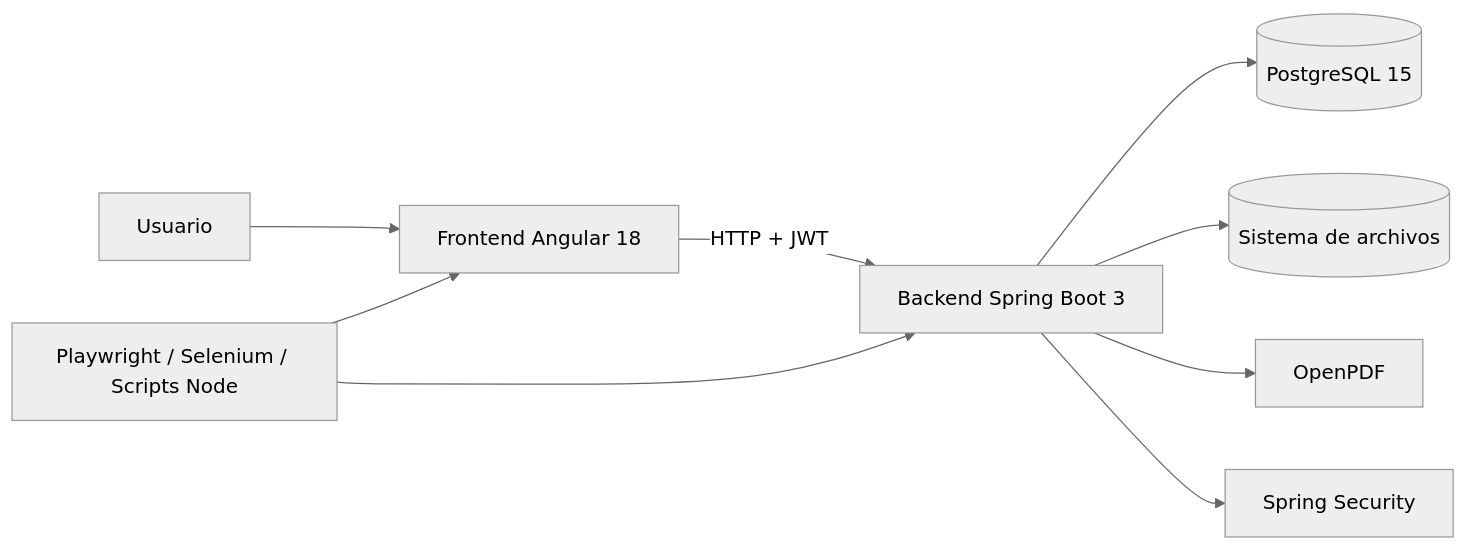
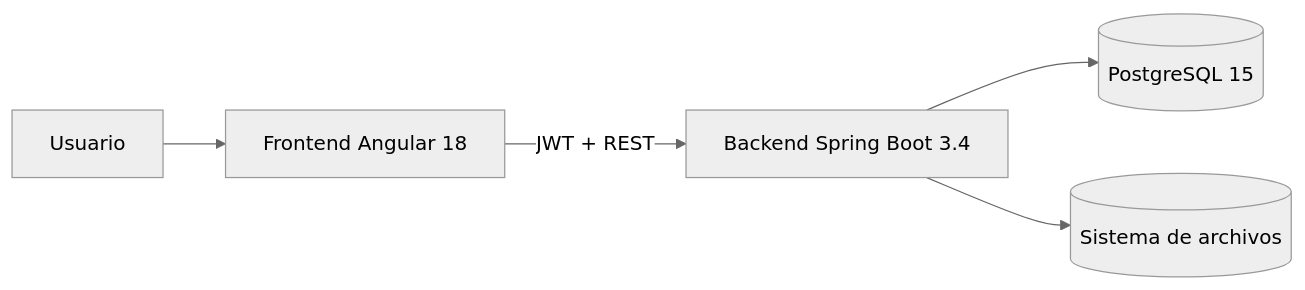
Before and after one commit to Alessander9/Insteip: the diagram in README.md, drawn with Mermaid (neutral theme). The commit also changed other lines of this file and 1 other file, not shown here.

````diff
--- a/README.md
+++ b/README.md
@@ -71,11 +27,7 @@
 ```mermaid
 flowchart LR
     U[Usuario] --> F[Frontend Angular 18]
-    F -->|HTTP + JWT| API[Backend Spring Boot 3]
-    API --> DB[(PostgreSQL 15)]
-    API --> FS[(Sistema de archivos)]
-    API --> PDF[OpenPDF]
-    API --> SEC[Spring Security]
-    QA[Playwright / Selenium / Scripts Node] --> F
-    QA --> API
+    F -->|JWT + REST| B[Backend Spring Boot 3.4]
+    B --> P[(PostgreSQL 15)]
+    B --> FS[(Sistema de archivos)]
 ```
````
